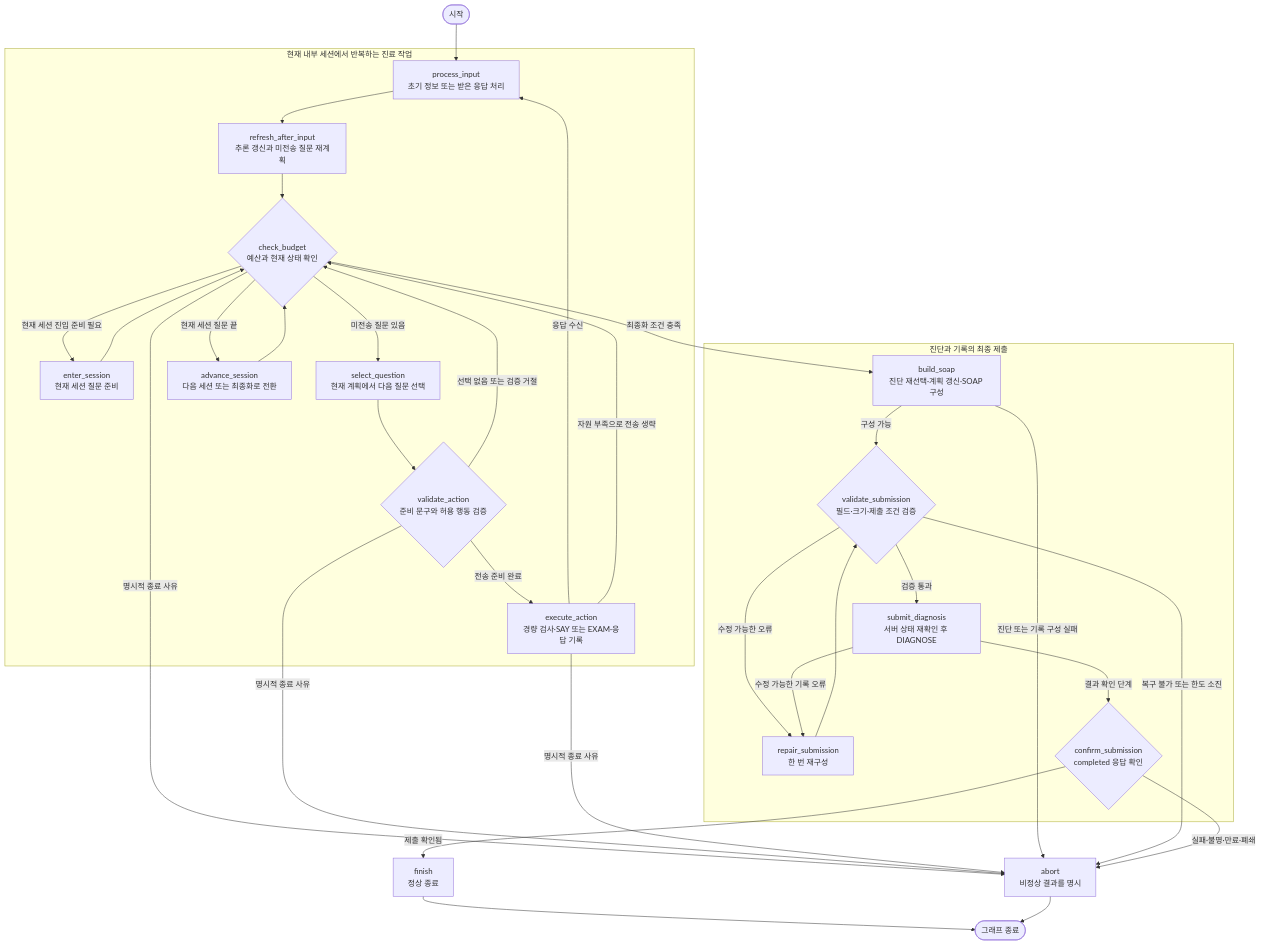
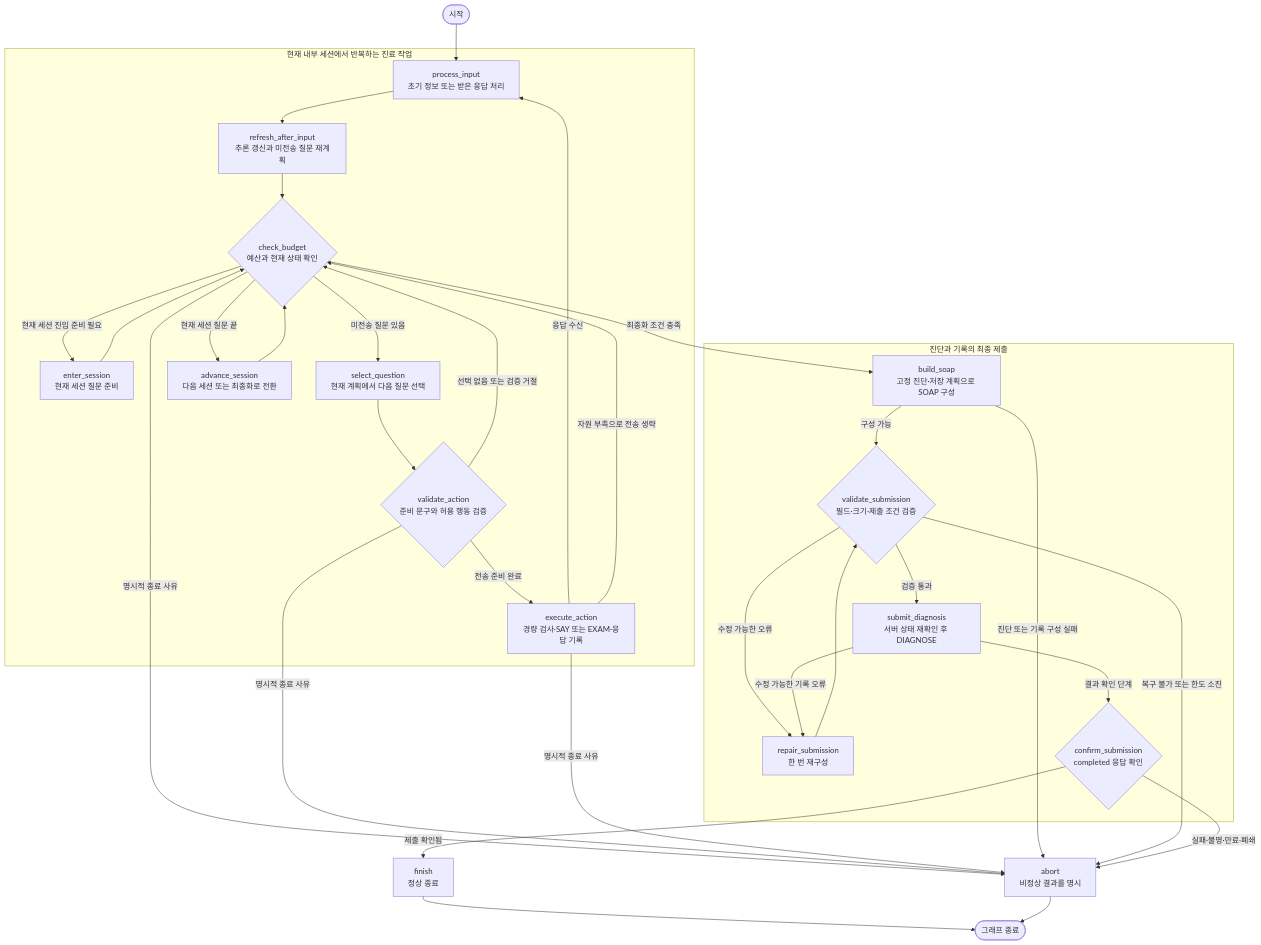
Before and after one commit to devRestain/Ontoward: the first of 12 diagrams in submission/README.md, drawn with Mermaid. The commit also changed other lines of this file and 65 other files, not shown here.

````diff
--- a/submission/README.md
+++ b/submission/README.md
@@ -60,36 +61,36 @@
 ```mermaid
 flowchart TD
     START([시작]) --> process_input["process_input<br/>초기 정보 또는 받은 응답 처리"]
     subgraph Loop["현재 내부 세션에서 반복하는 진료 작업"]
         process_input --> refresh_after_input["refresh_after_input<br/>추론 갱신과 미전송 질문 재계획"]
         refresh_after_input --> check_budget{"check_budget<br/>예산과 현재 상태 확인"}
         check_budget -->|현재 세션 진입 준비 필요| enter_session["enter_session<br/>현재 세션 질문 준비"]
         enter_session --> check_budget
         check_budget -->|미전송 질문 있음| select_question["select_question<br/>현재 계획에서 다음 질문 선택"]
         check_budget -->|현재 세션 질문 끝| advance_session["advance_session<br/>다음 세션 또는 최종화로 전환"]
         advance_session --> check_budget
         select_question --> validate_action{"validate_action<br/>준비 문구와 허용 행동 검증"}
         validate_action -->|선택 없음 또는 검증 거절| check_budget
         validate_action -->|전송 준비 완료| execute_action["execute_action<br/>경량 검사·SAY 또는 EXAM·응답 기록"]
         execute_action -->|응답 수신| process_input
         execute_action -->|자원 부족으로 전송 생략| check_budget
     end
     check_budget -->|최종화 조건 충족| build_soap
     subgraph Submission["진단과 기록의 최종 제출"]
-        build_soap["build_soap<br/>진단 재선택·계획 갱신·SOAP 구성"] -->|구성 가능| validate_submission{"validate_submission<br/>필드·크기·제출 조건 검증"}
+        build_soap["build_soap<br/>고정 진단·저장 계획으로 SOAP 구성"] -->|구성 가능| validate_submission{"validate_submission<br/>필드·크기·제출 조건 검증"}
         validate_submission -->|수정 가능한 오류| repair_submission["repair_submission<br/>한 번 재구성"]
         repair_submission --> validate_submission
         validate_submission -->|검증 통과| submit_diagnosis["submit_diagnosis<br/>서버 상태 재확인 후 DIAGNOSE"]
         submit_diagnosis -->|수정 가능한 기록 오류| repair_submission
         submit_diagnosis -->|결과 확인 단계| confirm_submission{"confirm_submission<br/>completed 응답 확인"}
     end
     check_budget -->|명시적 종료 사유| abort
     validate_action -->|명시적 종료 사유| abort
     execute_action -->|명시적 종료 사유| abort
     build_soap -->|진단 또는 기록 구성 실패| abort
     validate_submission -->|복구 불가 또는 한도 소진| abort
     confirm_submission -->|제출 확인됨| finish["finish<br/>정상 종료"]
     confirm_submission -->|실패·불명·만료·폐쇄| abort["abort<br/>비정상 결과를 명시"]
     finish --> END([그래프 종료])
     abort --> END
 ```
````
